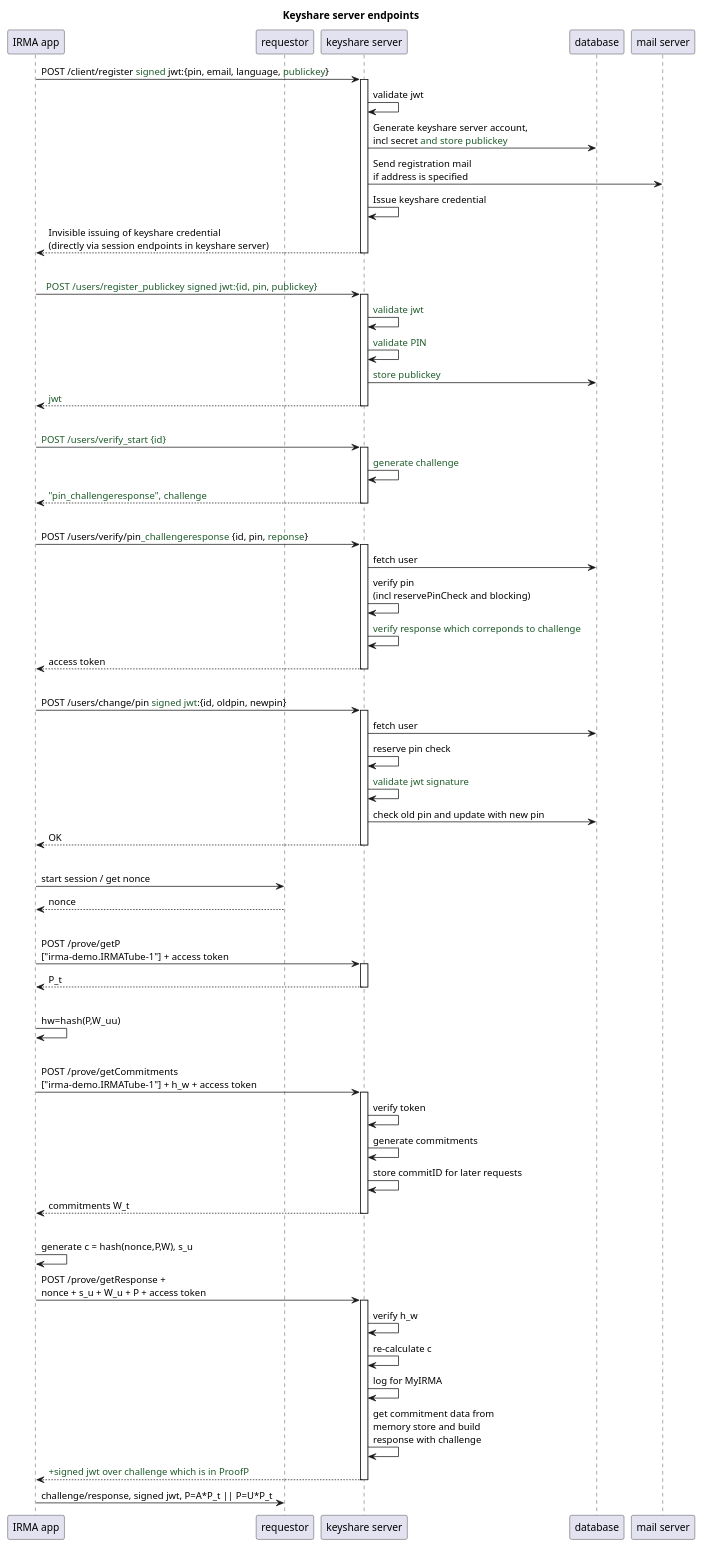
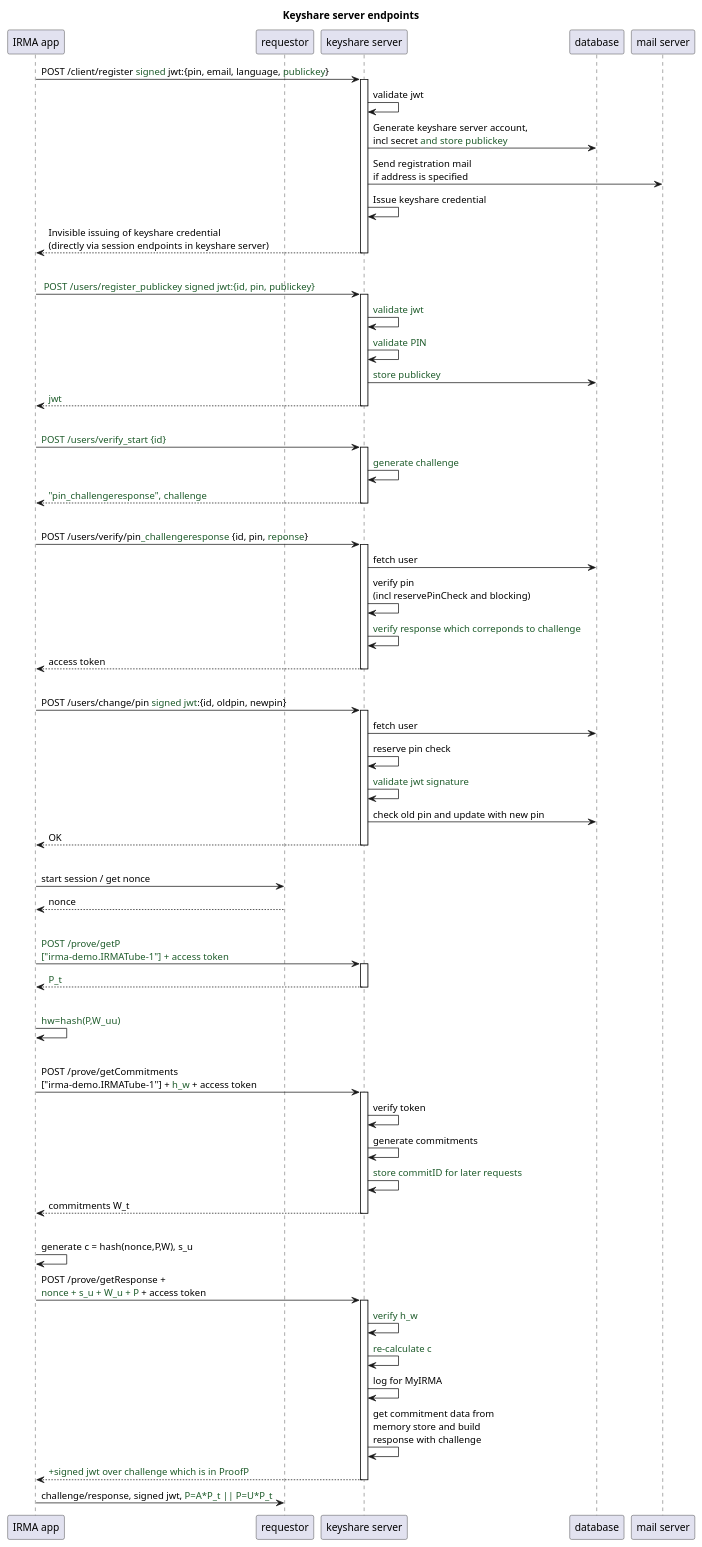
Before and after one commit to privacybydesign/irmago: the diagram in docs/keyshareFlow.puml, drawn with PlantUML.

Commit message:
Mark new changes in keyshare protocol green in sequence diagram.

```diff
--- a/docs/keyshareFlow.puml
+++ b/docs/keyshareFlow.puml
@@ -1,79 +1,79 @@
 @startuml
 skinparam backgroundColor #transparent
 participant "IRMA app" as app
 participant "requestor" as requestor
 participant "keyshare server" as keyshare
 participant "database" as db
 participant "mail server" as mail
 
 title Keyshare server endpoints
 
 app -> keyshare ++: POST /client/register <font color=#1D5B2A>signed</font> jwt:{pin, email, language, <font color=#1D5B2A>publickey</font>}
 keyshare -> keyshare: validate jwt
 keyshare -> db: Generate keyshare server account, \nincl secret <font color=#1D5B2A>and store publickey</font>
 keyshare -> mail: Send registration mail \nif address is specified
 keyshare -> keyshare: Issue keyshare credential
 return Invisible issuing of keyshare credential \n(directly via session endpoints in keyshare server)
 |||
 
 'already enrolled app: similar to the one sent by the irmaclient when changing your IRMA PIN code
 'note: hier komt een nieuwe jwt terug
-app -> keyshare ++: <font color=#1D5B2A> <font color=#1D5B2A> POST /users/register_publickey signed jwt:{id, pin, publickey}
+app -> keyshare ++: <font color=#1D5B2A> POST /users/register_publickey signed jwt:{id, pin, publickey}
 keyshare -> keyshare: <font color=#1D5B2A>validate jwt</font>
 keyshare -> keyshare: <font color=#1D5B2A>validate PIN</font>
 keyshare -> db: <font color=#1D5B2A>store publickey</font>
 return <font color=#1D5B2A>jwt</font>
 |||
 
 'get challenge
 app -> keyshare ++: <font color=#1D5B2A>POST /users/verify_start {id}
 keyshare -> keyshare: <font color=#1D5B2A>generate challenge
 return <font color=#1D5B2A>"pin_challengeresponse", challenge
 |||
 
 app -> keyshare ++: POST /users/verify/pin<font color=#1D5B2A>_challengeresponse</font> {id, pin, <font color=#1D5B2A>reponse</font>}
 keyshare -> db: fetch user
 keyshare -> keyshare: verify pin \n(incl reservePinCheck and blocking)
 keyshare -> keyshare: <font color=#1D5B2A>verify response which correponds to challenge
 return access token
 |||
 
 'reply attacks not possible, so no challenge-response needed
 app -> keyshare ++: POST /users/change/pin <font color=#1D5B2A>signed jwt</font>:{id, oldpin, newpin}
 keyshare -> db: fetch user
 keyshare -> keyshare: reserve pin check
 keyshare -> keyshare: <font color=#1D5B2A>validate jwt signature
 keyshare -> db: check old pin and update with new pin
 return OK
 |||
 
 app -> requestor: start session / get nonce
 return nonce
 |||
 
 ' initial P_t from kss, new endpoint, do once before issuance
-app -> keyshare ++: POST /prove/getP \n["irma-demo.IRMATube-1"] + access token
-return P_t
+app -> keyshare ++: <font color=#1D5B2A>POST /prove/getP \n<font color=#1D5B2A>["irma-demo.IRMATube-1"] + access token
+return <font color=#1D5B2A>P_t
 |||
 
-app -> app: hw=hash(P,W_uu)
+app -> app: <font color=#1D5B2A>hw=hash(P,W_uu)
 |||
 
-app -> keyshare ++: POST /prove/getCommitments \n["irma-demo.IRMATube-1"] + h_w + access token
+app -> keyshare ++: POST /prove/getCommitments \n["irma-demo.IRMATube-1"] + <font color=#1D5B2A>h_w</font> + access token
 keyshare -> keyshare: verify token
 keyshare -> keyshare: generate commitments
-keyshare -> keyshare: store commitID for later requests
+keyshare -> keyshare: <font color=#1D5B2A>store commitID for later requests</font>
 return commitments W_t
 |||
 
 app -> app: generate c = hash(nonce,P,W), s_u
-app -> keyshare ++: POST /prove/getResponse + \nnonce + s_u + W_u + P + access token
-keyshare -> keyshare: verify h_w
-keyshare -> keyshare: re-calculate c
+app -> keyshare ++: POST /prove/getResponse + \n<font color=#1D5B2A>nonce + s_u + W_u + P </font>+ access token
+keyshare -> keyshare: <font color=#1D5B2A>verify h_w
+keyshare -> keyshare: <font color=#1D5B2A>re-calculate c
 keyshare -> keyshare: log for MyIRMA
 keyshare -> keyshare: get commitment data from \nmemory store and build \nresponse with challenge
 return <font color=#1D5B2A>+signed jwt over challenge which is in ProofP
 
-app -> requestor: challenge/response, signed jwt, P=A*P_t || P=U*P_t
+app -> requestor: challenge/response, signed jwt, <font color=#1D5B2A>P=A*P_t || P=U*P_t
 
 @enduml
```
